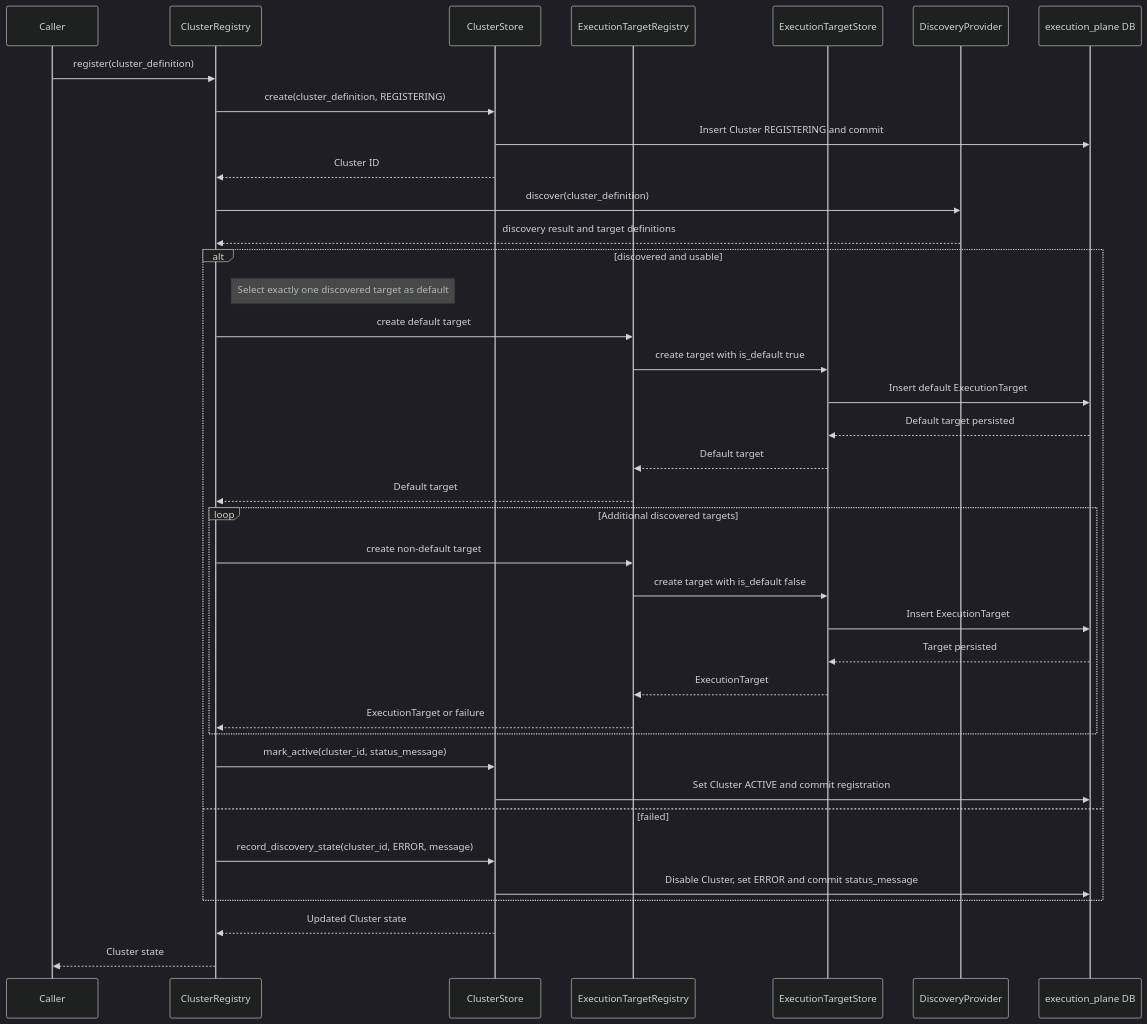
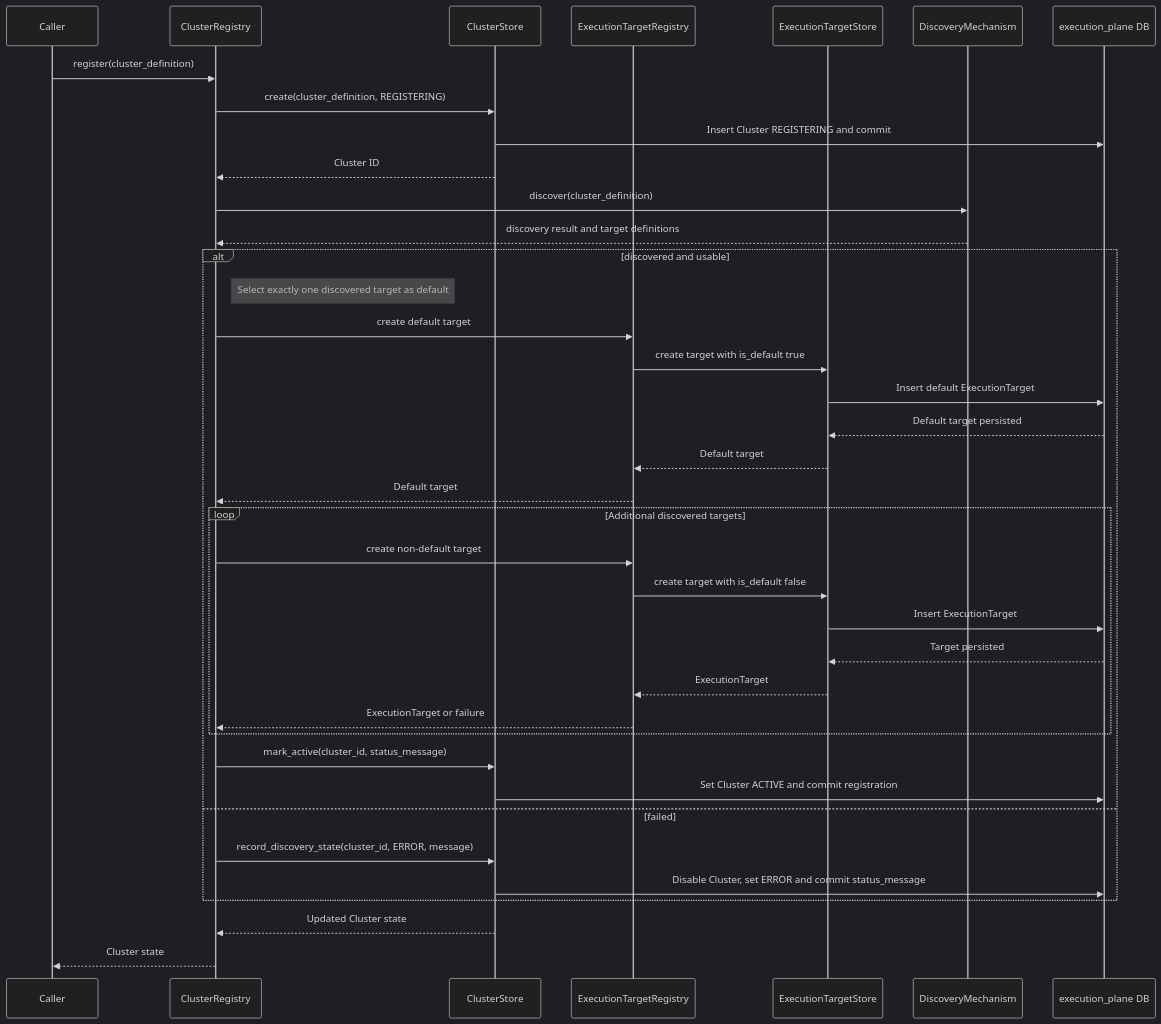
One commit to AlanCoding/syntara-execution-plane changed the third of 5 diagrams in docs/cluster-and-target-registries.md. Above: the diagram before and after it, drawn with Mermaid (dark theme). The commit also changed other lines of this file, not shown here.

Commit message:
docs: AAP-92716: Execution Plane: Cluster/ExecutionTarget registries: Updates following peer review.

````diff
--- a/docs/cluster-and-target-registries.md
+++ b/docs/cluster-and-target-registries.md
@@ -223,41 +229,41 @@
 ```mermaid
 sequenceDiagram
     participant C as Caller
     participant R as ClusterRegistry
     participant S as ClusterStore
     participant TR as ExecutionTargetRegistry
     participant TS as ExecutionTargetStore
-    participant P as DiscoveryProvider
+    participant D as DiscoveryMechanism
     participant DB as execution_plane DB
 
     C->>R: register(cluster_definition)
     R->>S: create(cluster_definition, REGISTERING)
     S->>DB: Insert Cluster REGISTERING and commit
     S-->>R: Cluster ID
-    R->>P: discover(cluster_definition)
-    P-->>R: discovery result and target definitions
+    R->>D: discover(cluster_definition)
+    D-->>R: discovery result and target definitions
     alt discovered and usable
         Note right of R: Select exactly one discovered target as default
         R->>TR: create default target
         TR->>TS: create target with is_default true
         TS->>DB: Insert default ExecutionTarget
         DB-->>TS: Default target persisted
         TS-->>TR: Default target
         TR-->>R: Default target
         loop Additional discovered targets
             R->>TR: create non-default target
             TR->>TS: create target with is_default false
             TS->>DB: Insert ExecutionTarget
             DB-->>TS: Target persisted
             TS-->>TR: ExecutionTarget
             TR-->>R: ExecutionTarget or failure
         end
         R->>S: mark_active(cluster_id, status_message)
         S->>DB: Set Cluster ACTIVE and commit registration
     else failed
         R->>S: record_discovery_state(cluster_id, ERROR, message)
         S->>DB: Disable Cluster, set ERROR and commit status_message
     end
     S-->>R: Updated Cluster state
     R-->>C: Cluster state
 ```
````
